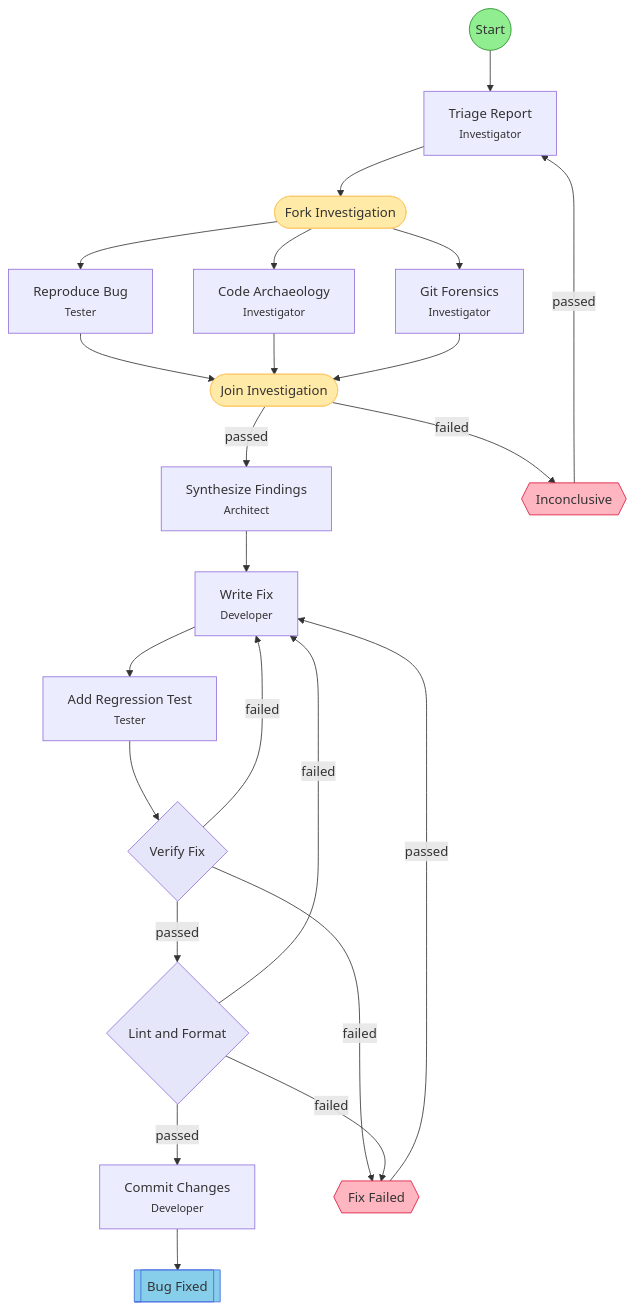
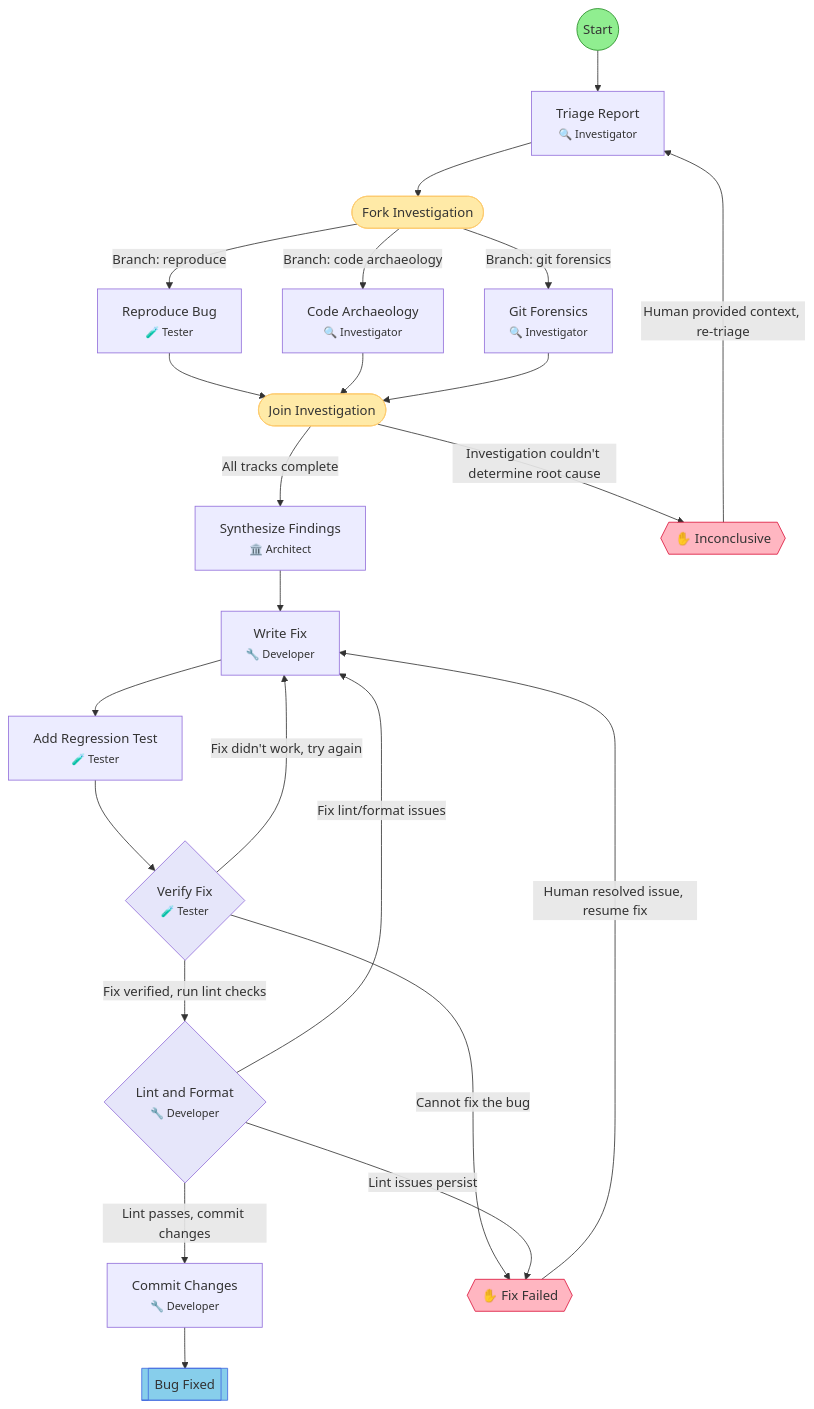
Before and after one commit to leclabs/agent-toolkit: the diagram in .flow/diagrams/bug-hunt.md, drawn with Mermaid. The commit also changed other lines of this file and 34 other files, not shown here.

First line of the commit message:
feat: add emoji field to workflow schema and render in diagrams

````diff
--- a/.flow/diagrams/bug-hunt.md
+++ b/.flow/diagrams/bug-hunt.md
@@ -7,54 +7,54 @@
 ```mermaid
 flowchart TD
     start(("Start"))
-    triage["Triage Report<br/><small>Investigator</small>"]
+    triage["Triage Report<br/><small>🔍 Investigator</small>"]
     fork_investigate(["Fork Investigation"])
-    reproduce["Reproduce Bug<br/><small>Tester</small>"]
-    code_archaeology["Code Archaeology<br/><small>Investigator</small>"]
-    git_forensics["Git Forensics<br/><small>Investigator</small>"]
+    reproduce["Reproduce Bug<br/><small>🧪 Tester</small>"]
+    code_archaeology["Code Archaeology<br/><small>🔍 Investigator</small>"]
+    git_forensics["Git Forensics<br/><small>🔍 Investigator</small>"]
     join_investigate(["Join Investigation"])
-    synthesize["Synthesize Findings<br/><small>Architect</small>"]
-    write_fix["Write Fix<br/><small>Developer</small>"]
-    add_regression_test["Add Regression Test<br/><small>Tester</small>"]
-    verify_fix{"Verify Fix"}
-    lint_format{"Lint and Format"}
-    commit["Commit Changes<br/><small>Developer</small>"]
+    synthesize["Synthesize Findings<br/><small>🏛️ Architect</small>"]
+    write_fix["Write Fix<br/><small>🔧 Developer</small>"]
+    add_regression_test["Add Regression Test<br/><small>🧪 Tester</small>"]
+    verify_fix{"Verify Fix<br/><small>🧪 Tester</small>"}
+    lint_format{"Lint and Format<br/><small>🔧 Developer</small>"}
+    commit["Commit Changes<br/><small>🔧 Developer</small>"]
     end_success[["Bug Fixed"]]
-    hitl_inconclusive{{"Inconclusive"}}
-    hitl_fix_failed{{"Fix Failed"}}
+    hitl_inconclusive{{"✋ Inconclusive"}}
+    hitl_fix_failed{{"✋ Fix Failed"}}
 
     start --> triage
     triage --> fork_investigate
-    fork_investigate --> reproduce
-    fork_investigate --> code_archaeology
-    fork_investigate --> git_forensics
+    fork_investigate -->|Branch: reproduce| reproduce
+    fork_investigate -->|Branch: code archaeology| code_archaeology
+    fork_investigate -->|Branch: git forensics| git_forensics
     reproduce --> join_investigate
     code_archaeology --> join_investigate
     git_forensics --> join_investigate
-    join_investigate -->|passed| synthesize
-    join_investigate -->|failed| hitl_inconclusive
+    join_investigate -->|All tracks complete| synthesize
+    join_investigate -->|Investigation couldn't determine root cause| hitl_inconclusive
     synthesize --> write_fix
     write_fix --> add_regression_test
     add_regression_test --> verify_fix
-    verify_fix -->|passed| lint_format
-    verify_fix -->|failed| write_fix
-    verify_fix -->|failed| hitl_fix_failed
-    lint_format -->|passed| commit
-    lint_format -->|failed| write_fix
-    lint_format -->|failed| hitl_fix_failed
+    verify_fix -->|Fix verified, run lint checks| lint_format
+    verify_fix -->|Fix didn't work, try again| write_fix
+    verify_fix -->|Cannot fix the bug| hitl_fix_failed
+    lint_format -->|Lint passes, commit changes| commit
+    lint_format -->|Fix lint/format issues| write_fix
+    lint_format -->|Lint issues persist| hitl_fix_failed
     commit --> end_success
-    hitl_inconclusive -->|passed| triage
-    hitl_fix_failed -->|passed| write_fix
+    hitl_inconclusive -->|Human provided context, re-triage| triage
+    hitl_fix_failed -->|Human resolved issue, resume fix| write_fix
 
     classDef startStep fill:#90EE90,stroke:#228B22
     classDef successStep fill:#87CEEB,stroke:#4169E1
     classDef hitlStep fill:#FFB6C1,stroke:#DC143C
     classDef gateStep fill:#E6E6FA,stroke:#9370DB
     classDef forkJoinStep fill:#FFEAA7,stroke:#FDCB6E
     classDef currentStep fill:#FFD700,stroke:#FF8C00,stroke-width:3px
     class start startStep
     class end_success successStep
     class hitl_inconclusive,hitl_fix_failed hitlStep
     class verify_fix,lint_format gateStep
     class fork_investigate,join_investigate forkJoinStep
 ```
````
